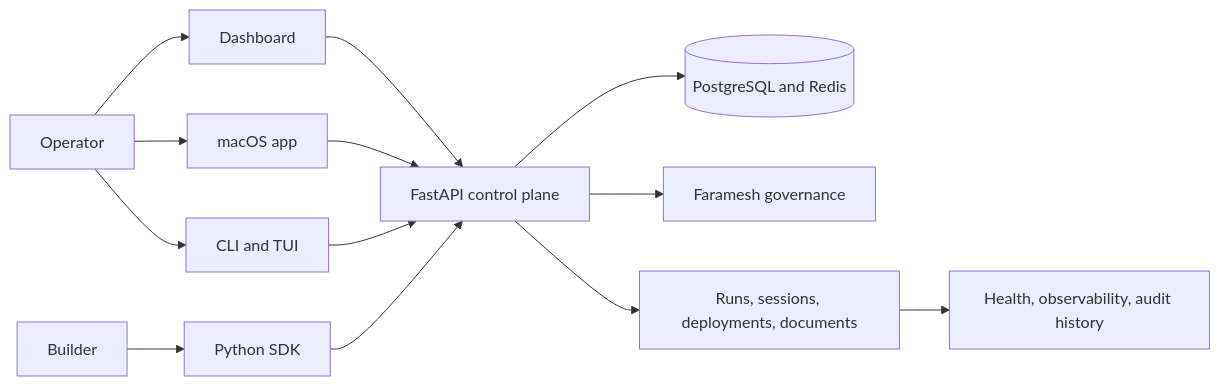
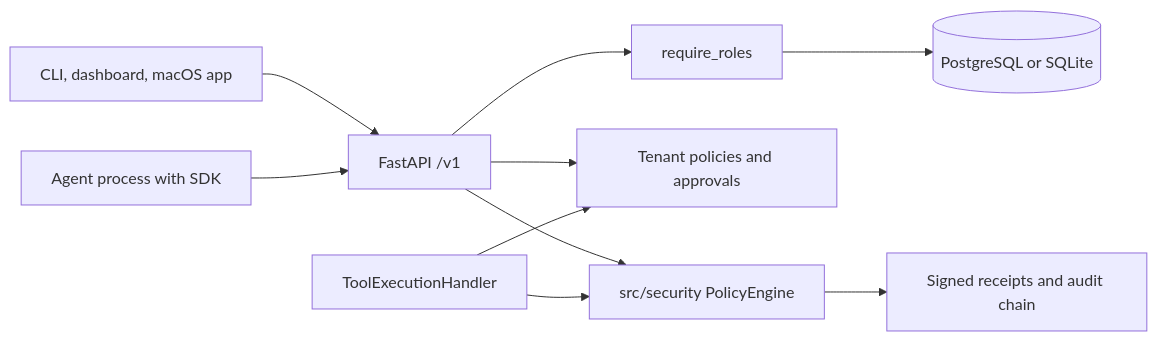
One commit to fortunexbt/docs changed the diagram in architecture/mutx.mdx. Above: the diagram before and after it, drawn with Mermaid. The commit also changed other lines of this file and 35 other files, not shown here.

````diff
--- a/architecture/mutx.mdx
+++ b/architecture/mutx.mdx
@@ -26,15 +31,12 @@
 ```mermaid
 flowchart LR
-  Operator[Operator] --> Web[Dashboard]
-  Operator --> Desktop[macOS app]
-  Operator --> Terminal[CLI and TUI]
-  Builder[Builder] --> SDK[Python SDK]
-  Web --> API[FastAPI control plane]
-  Desktop --> API
-  Terminal --> API
-  SDK --> API
-  API --> State[(PostgreSQL and Redis)]
-  API --> Policy[Faramesh governance]
-  API --> Work[Runs, sessions, deployments, documents]
-  Work --> Evidence[Health, observability, audit history]
+  Surfaces["CLI, dashboard, macOS app"] --> API["FastAPI /v1"]
+  Agent["Agent process with SDK"] --> API
+  API --> RBAC["require_roles"]
+  RBAC --> DB[("PostgreSQL or SQLite")]
+  API --> Tenant["Tenant policies and approvals"]
+  API --> Engine["src/security PolicyEngine"]
+  Runtime["ToolExecutionHandler"] --> Engine
+  Runtime --> Tenant
+  Engine --> Chain["Signed receipts and audit chain"]
 ```
````
